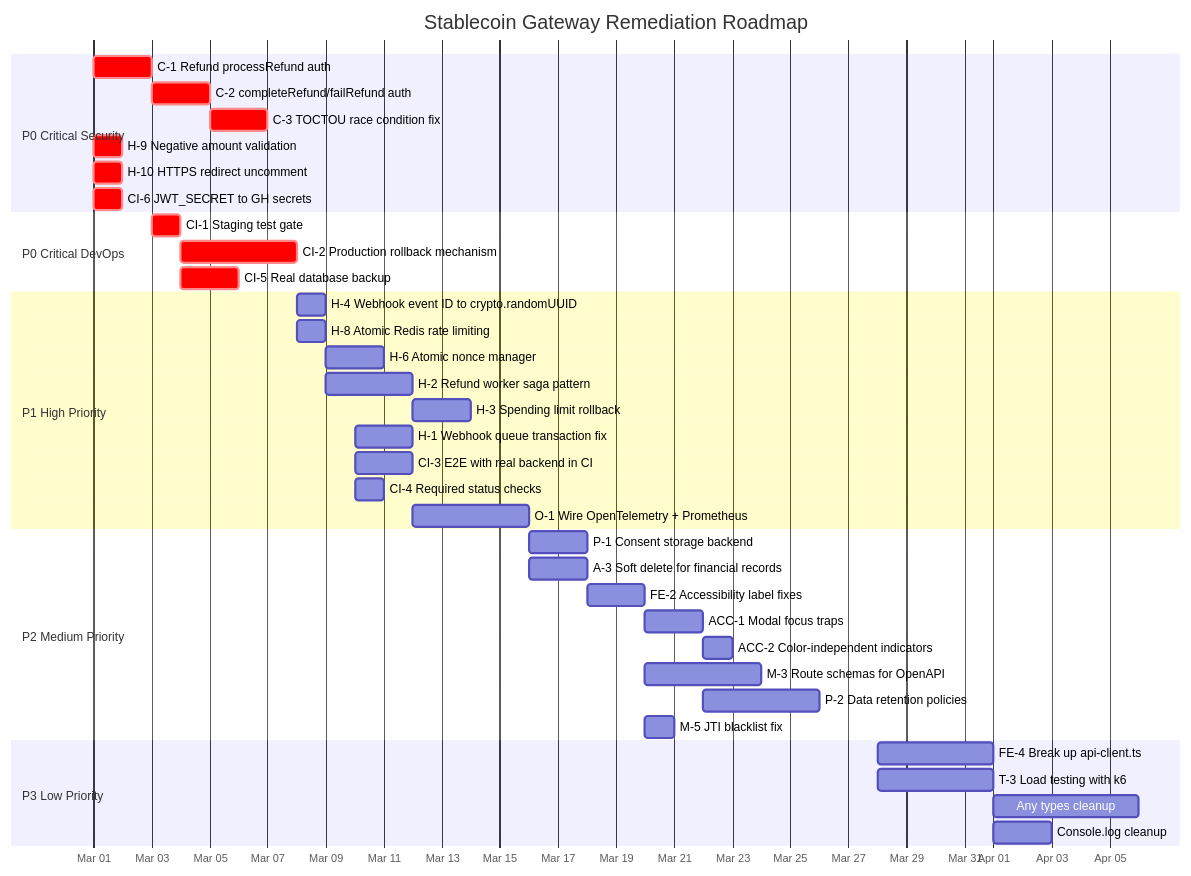
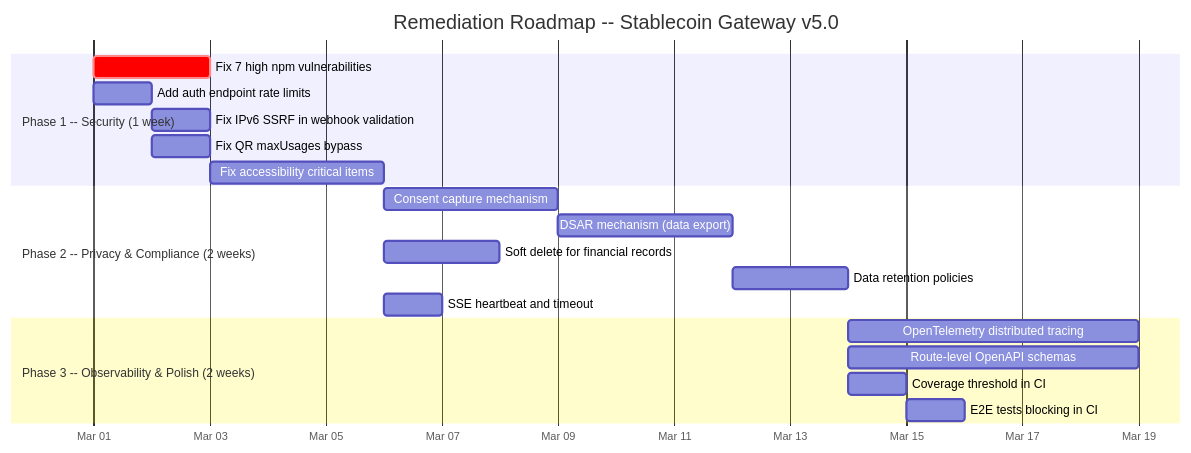
One commit to Tamoura/Claude-Code-creates-the-SW-company changed diagram 11 of 12 in products/stablecoin-gateway/docs/AUDIT-REPORT.md. Above: the diagram before and after it, drawn with Mermaid. The commit also changed other lines of this file, not shown here.

First line of the commit message:
docs(stablecoin-gateway): audit report v5.0 — score 7.6/10

````diff
--- a/products/stablecoin-gateway/docs/AUDIT-REPORT.md
+++ b/products/stablecoin-gateway/docs/AUDIT-REPORT.md
@@ -1348,46 +598,26 @@
 ```mermaid
 gantt
-    title Stablecoin Gateway Remediation Roadmap
+    title Remediation Roadmap -- Stablecoin Gateway v5.0
     dateFormat YYYY-MM-DD
     axisFormat %b %d
 
-    section P0 Critical Security
-    C-1 Refund processRefund auth        :crit, c1, 2026-03-01, 2d
-    C-2 completeRefund/failRefund auth    :crit, c2, after c1, 2d
-    C-3 TOCTOU race condition fix         :crit, c3, after c2, 2d
-    H-9 Negative amount validation        :crit, h9, 2026-03-01, 1d
-    H-10 HTTPS redirect uncomment         :crit, h10, 2026-03-01, 1d
-    CI-6 JWT_SECRET to GH secrets         :crit, ci6, 2026-03-01, 1d
+    section Phase 1 -- Security (1 week)
+    Fix 7 high npm vulnerabilities     :crit, p1a, 2026-03-01, 2d
+    Add auth endpoint rate limits       :p1b, 2026-03-01, 1d
+    Fix IPv6 SSRF in webhook validation :p1c, 2026-03-02, 1d
+    Fix QR maxUsages bypass             :p1d, 2026-03-02, 1d
+    Fix accessibility critical items    :p1e, 2026-03-03, 3d
 
-    section P0 Critical DevOps
-    CI-1 Staging test gate                :crit, ci1, 2026-03-03, 1d
-    CI-2 Production rollback mechanism    :crit, ci2, after ci1, 4d
-    CI-5 Real database backup             :crit, ci5, after ci1, 2d
+    section Phase 2 -- Privacy & Compliance (2 weeks)
+    Consent capture mechanism           :p2a, after p1e, 3d
+    DSAR mechanism (data export)        :p2b, after p2a, 3d
+    Soft delete for financial records   :p2c, after p1e, 2d
+    Data retention policies             :p2d, after p2b, 2d
+    SSE heartbeat and timeout           :p2e, after p1e, 1d
 
-    section P1 High Priority
-    H-4 Webhook event ID to crypto.randomUUID  :h4, 2026-03-08, 1d
-    H-8 Atomic Redis rate limiting             :h8, 2026-03-08, 1d
-    H-6 Atomic nonce manager                   :h6, 2026-03-09, 2d
-    H-2 Refund worker saga pattern             :h2, 2026-03-09, 3d
-    H-3 Spending limit rollback                :h3, after h2, 2d
-    H-1 Webhook queue transaction fix          :h1, 2026-03-10, 2d
-    CI-3 E2E with real backend in CI           :ci3, 2026-03-10, 2d
-    CI-4 Required status checks                :ci4, 2026-03-10, 1d
-    O-1 Wire OpenTelemetry + Prometheus        :o1, 2026-03-12, 4d
-
-    section P2 Medium Priority
-    P-1 Consent storage backend           :p1, 2026-03-16, 2d
-    A-3 Soft delete for financial records :a3, 2026-03-16, 2d
-    FE-2 Accessibility label fixes        :fe2, 2026-03-18, 2d
-    ACC-1 Modal focus traps               :acc1, after fe2, 2d
-    ACC-2 Color-independent indicators    :acc2, after acc1, 1d
-    M-3 Route schemas for OpenAPI         :m3, 2026-03-20, 4d
-    P-2 Data retention policies           :p2, 2026-03-22, 4d
-    M-5 JTI blacklist fix                 :m5, 2026-03-20, 1d
-
-    section P3 Low Priority
-    FE-4 Break up api-client.ts           :fe4, 2026-03-28, 4d
-    T-3 Load testing with k6              :t3, 2026-03-28, 4d
-    Any types cleanup                     :any, 2026-04-01, 5d
-    Console.log cleanup                   :log, 2026-04-01, 2d
+    section Phase 3 -- Observability & Polish (2 weeks)
+    OpenTelemetry distributed tracing   :p3a, after p2d, 5d
+    Route-level OpenAPI schemas         :p3b, after p2d, 5d
+    Coverage threshold in CI            :p3c, after p2d, 1d
+    E2E tests blocking in CI            :p3d, after p3c, 1d
 ```
````
